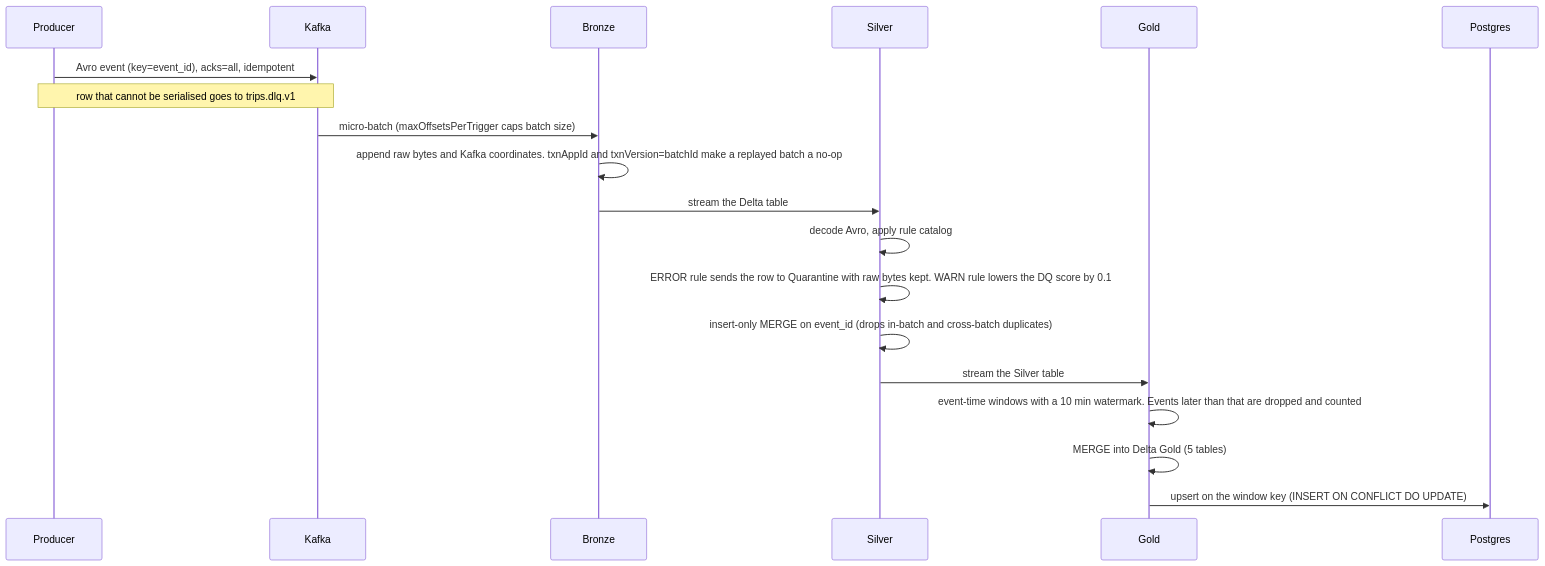
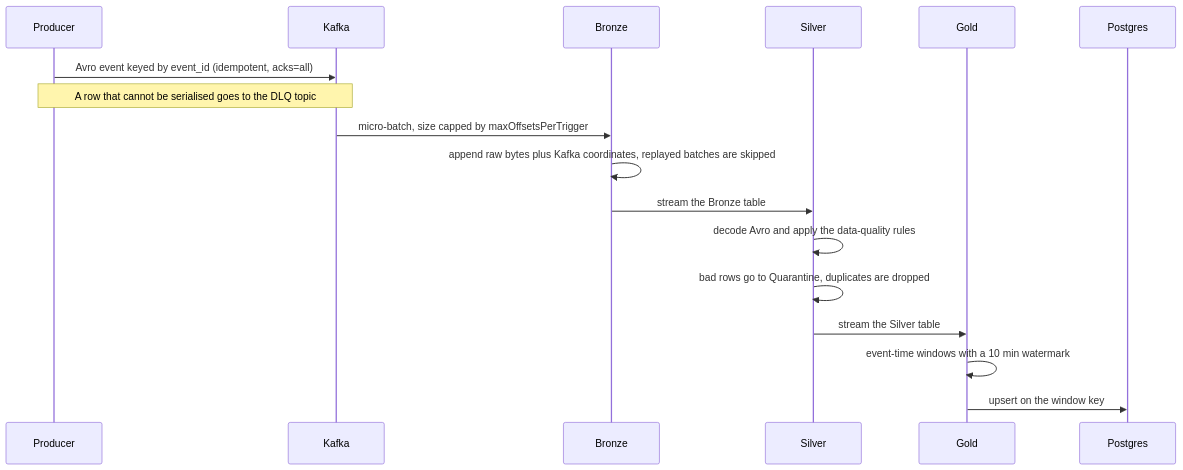
One commit to Praful-kr/realtime-mobility-intelligence-platform changed the first of 2 diagrams in README.md. Above: the diagram before and after it, drawn with Mermaid. The commit also changed other lines of this file and 1 other file, not shown here.

Commit message:
README: simplify and reorder (data flow, architecture, tech stack with reasons), add screenshots; move troubleshooting to docs

````diff
--- a/README.md
+++ b/README.md
@@ -58,21 +15,19 @@
 ```mermaid
 sequenceDiagram
   participant P as Producer
   participant K as Kafka
   participant B as Bronze
   participant S as Silver
   participant G as Gold
   participant PG as Postgres
-  P->>K: Avro event (key=event_id), acks=all, idempotent
-  Note over P,K: row that cannot be serialised goes to trips.dlq.v1
-  K->>B: micro-batch (maxOffsetsPerTrigger caps batch size)
-  B->>B: append raw bytes and Kafka coordinates. txnAppId and txnVersion=batchId make a replayed batch a no-op
-  B->>S: stream the Delta table
-  S->>S: decode Avro, apply rule catalog
-  S->>S: ERROR rule sends the row to Quarantine with raw bytes kept. WARN rule lowers the DQ score by 0.1
-  S->>S: insert-only MERGE on event_id (drops in-batch and cross-batch duplicates)
+  P->>K: Avro event keyed by event_id (idempotent, acks=all)
+  Note over P,K: A row that cannot be serialised goes to the DLQ topic
+  K->>B: micro-batch, size capped by maxOffsetsPerTrigger
+  B->>B: append raw bytes plus Kafka coordinates, replayed batches are skipped
+  B->>S: stream the Bronze table
+  S->>S: decode Avro and apply the data-quality rules
+  S->>S: bad rows go to Quarantine, duplicates are dropped
   S->>G: stream the Silver table
-  G->>G: event-time windows with a 10 min watermark. Events later than that are dropped and counted
-  G->>G: MERGE into Delta Gold (5 tables)
-  G->>PG: upsert on the window key (INSERT ON CONFLICT DO UPDATE)
+  G->>G: event-time windows with a 10 min watermark
+  G->>PG: upsert on the window key
 ```
````
